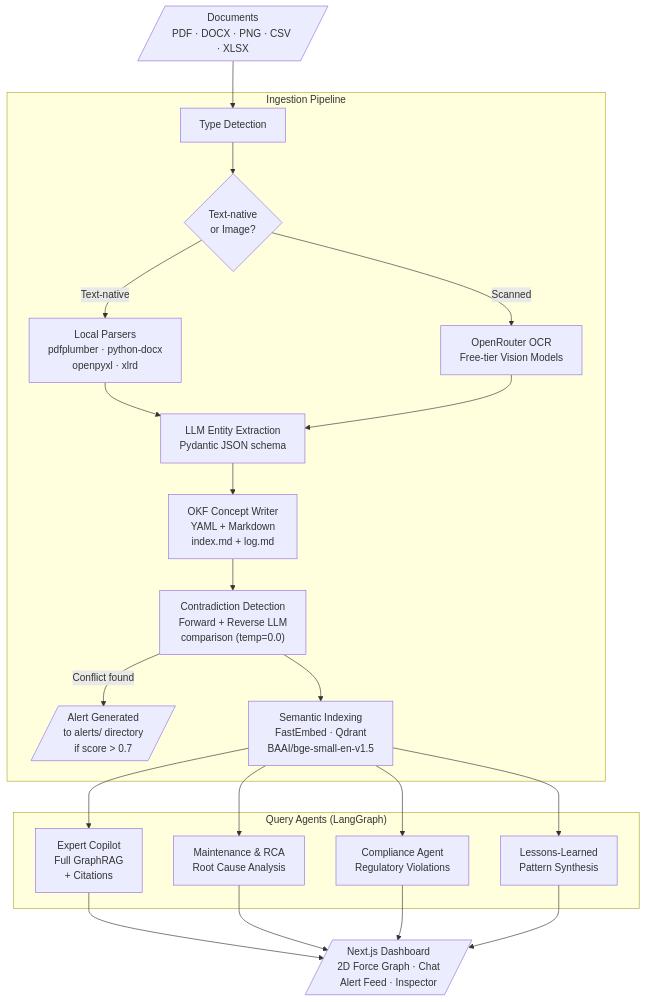
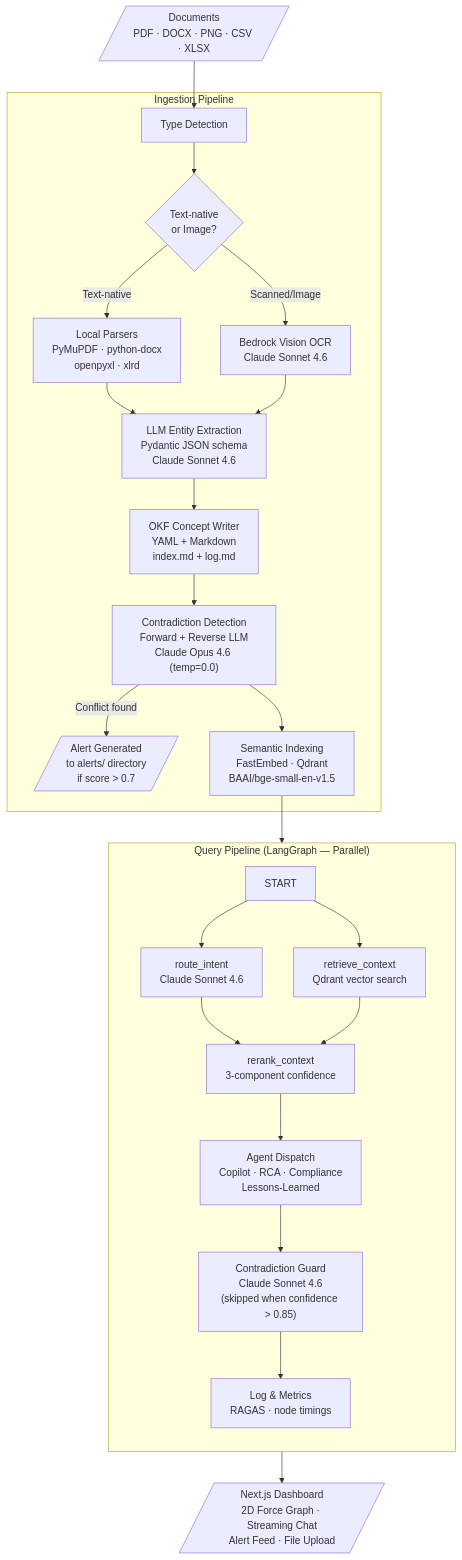
One commit to puranikyashaswin/Vigil changed the diagram in README.md. Above: the diagram before and after it, drawn with Mermaid. The commit also changed other lines of this file and 37 other files, not shown here.

````diff
--- a/README.md
+++ b/README.md
@@ -107,44 +11,49 @@
 ```mermaid
 flowchart TD
     DOC[/"Documents\nPDF · DOCX · PNG · CSV · XLSX"/]
 
     subgraph PIPELINE["Ingestion Pipeline"]
         DETECT["Type Detection"]
         PARSER{"Text-native\nor Image?"}
-        LOCAL["Local Parsers\npdfplumber · python-docx\nopenpyxl · xlrd"]
-        OCR["OpenRouter OCR\nFree-tier Vision Models"]
-        EXTRACT["LLM Entity Extraction\nPydantic JSON schema"]
+        LOCAL["Local Parsers\nPyMuPDF · python-docx\nopenpyxl · xlrd"]
+        OCR["Bedrock Vision OCR\nClaude Sonnet 4.6"]
+        EXTRACT["LLM Entity Extraction\nPydantic JSON schema\nClaude Sonnet 4.6"]
         OKF["OKF Concept Writer\nYAML + Markdown\nindex.md + log.md"]
-        CHECK["Contradiction Detection\nForward + Reverse LLM\ncomparison (temp=0.0)"]
+        CHECK["Contradiction Detection\nForward + Reverse LLM\nClaude Opus 4.6 (temp=0.0)"]
         ALERT[/"Alert Generated\nto alerts/ directory\nif score > 0.7"/]
         INDEX["Semantic Indexing\nFastEmbed · Qdrant\nBAAI/bge-small-en-v1.5"]
     end
 
-    subgraph AGENTS["Query Agents (LangGraph)"]
-        COPILOT["Expert Copilot\nFull GraphRAG\n+ Citations"]
-        RCA["Maintenance & RCA\nRoot Cause Analysis"]
-        COMPLY["Compliance Agent\nRegulatory Violations"]
-        LEARN["Lessons-Learned\nPattern Synthesis"]
+    subgraph QUERY["Query Pipeline (LangGraph — Parallel)"]
+        direction TB
+        START2["START"]
+        ROUTE["route_intent\nClaude Sonnet 4.6"]
+        RETRIEVE["retrieve_context\nQdrant vector search"]
+        RERANK["rerank_context\n3-component confidence"]
+        AGENT["Agent Dispatch\nCopilot · RCA · Compliance\nLessons-Learned"]
+        GUARD["Contradiction Guard\nClaude Sonnet 4.6\n(skipped when confidence > 0.85)"]
+        LOG["Log & Metrics\nRAGAS · node timings"]
+        START2 --> ROUTE
+        START2 --> RETRIEVE
+        ROUTE --> RERANK
+        RETRIEVE --> RERANK
+        RERANK --> AGENT
+        AGENT --> GUARD
+        GUARD --> LOG
     end
 
-    DASHBOARD[/"Next.js Dashboard\n2D Force Graph · Chat\nAlert Feed · Inspector"/]
+    DASHBOARD[/"Next.js Dashboard\n2D Force Graph · Streaming Chat\nAlert Feed · File Upload"/]
 
     DOC --> DETECT
     DETECT --> PARSER
     PARSER -- "Text-native" --> LOCAL
-    PARSER -- "Scanned" --> OCR
+    PARSER -- "Scanned/Image" --> OCR
     LOCAL --> EXTRACT
     OCR --> EXTRACT
     EXTRACT --> OKF
     OKF --> CHECK
     CHECK -- "Conflict found" --> ALERT
     CHECK --> INDEX
-    INDEX --> COPILOT
-    INDEX --> RCA
-    INDEX --> COMPLY
-    INDEX --> LEARN
-    COPILOT --> DASHBOARD
-    RCA --> DASHBOARD
-    COMPLY --> DASHBOARD
-    LEARN --> DASHBOARD
+    INDEX --> QUERY
+    LOG --> DASHBOARD
 ```
````
